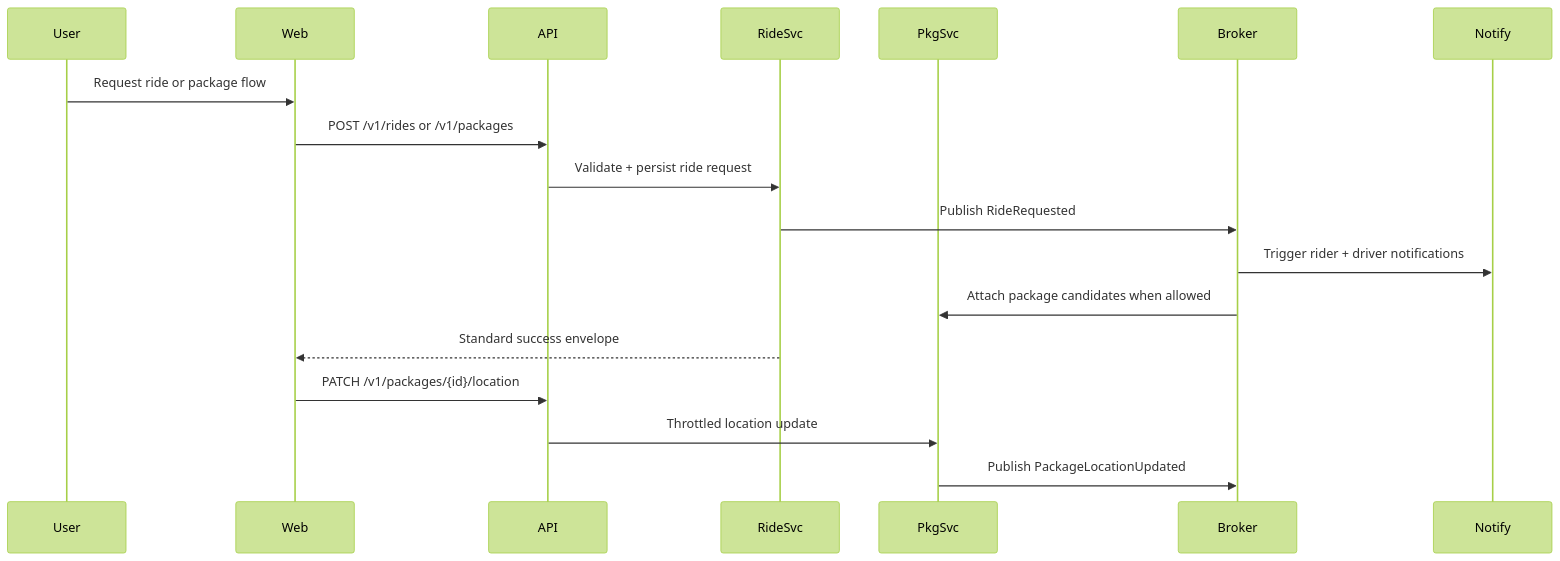
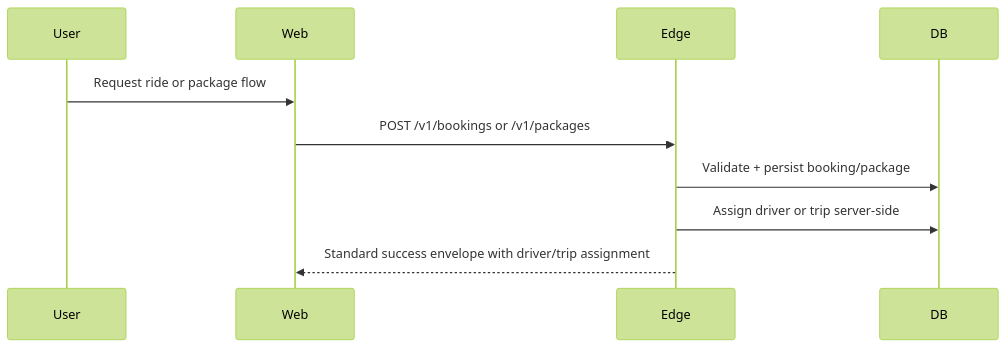
The diagram in docs/architecture.md (Wasel-Smart/Wasel-Ride-Package-Sharing), drawn with Mermaid (forest theme) before and after one commit. The commit also changed other lines of this file and 35 other files, not shown here.

````diff
--- a/docs/architecture.md
+++ b/docs/architecture.md
@@ -103,21 +60,13 @@
 ```mermaid
 sequenceDiagram
   participant User
   participant Web
-  participant API
-  participant RideSvc
-  participant PkgSvc
-  participant Broker
-  participant Notify
+  participant Edge
+  participant DB
 
   User->>Web: Request ride or package flow
-  Web->>API: POST /v1/rides or /v1/packages
-  API->>RideSvc: Validate + persist ride request
-  RideSvc->>Broker: Publish RideRequested
-  Broker->>Notify: Trigger rider + driver notifications
-  Broker->>PkgSvc: Attach package candidates when allowed
-  RideSvc-->>Web: Standard success envelope
-  Web->>API: PATCH /v1/packages/{id}/location
-  API->>PkgSvc: Throttled location update
-  PkgSvc->>Broker: Publish PackageLocationUpdated
+  Web->>Edge: POST /v1/bookings or /v1/packages
+  Edge->>DB: Validate + persist booking/package
+  Edge->>DB: Assign driver or trip server-side
+  Edge-->>Web: Standard success envelope with driver/trip assignment
 ```
````
